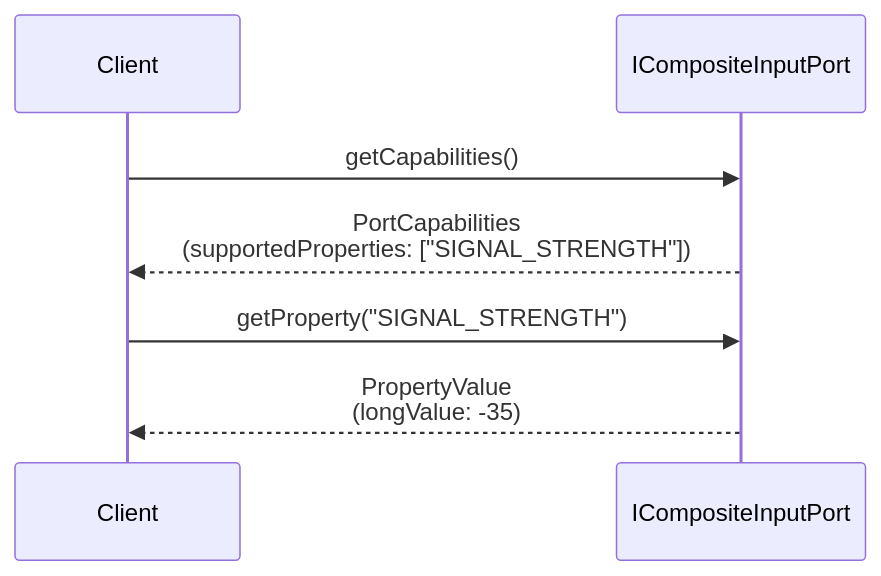
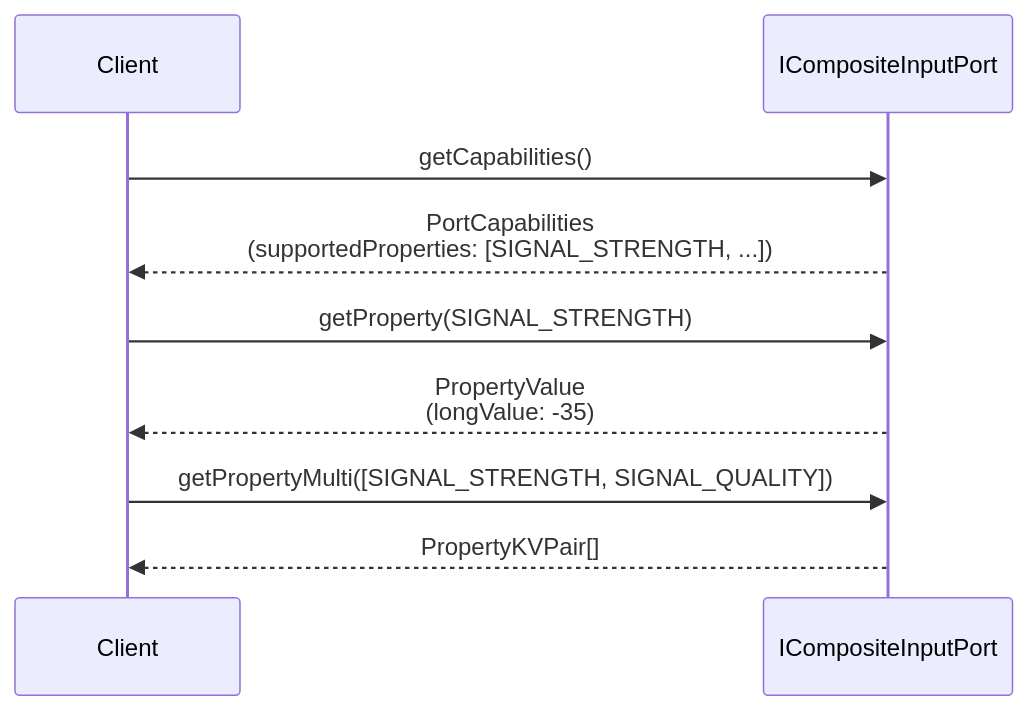
The third of 4 diagrams in docs/halif/composite_input/current/composite_input.md (rdkcentral/rdk-halif-aidl), drawn with Mermaid before and after one commit. The commit also changed other lines of this file, not shown here.

````diff
--- a/docs/halif/composite_input/current/composite_input.md
+++ b/docs/halif/composite_input/current/composite_input.md
@@ -181,11 +195,14 @@
 ```mermaid
 sequenceDiagram
     participant Client
     participant Port as ICompositeInputPort
 
     Client->>Port: getCapabilities()
-    Port-->>Client: PortCapabilities<br/>(supportedProperties: ["SIGNAL_STRENGTH"])
+    Port-->>Client: PortCapabilities<br/>(supportedProperties: [SIGNAL_STRENGTH, ...])
 
-    Client->>Port: getProperty("SIGNAL_STRENGTH")
+    Client->>Port: getProperty(SIGNAL_STRENGTH)
     Port-->>Client: PropertyValue<br/>(longValue: -35)
+
+    Client->>Port: getPropertyMulti([SIGNAL_STRENGTH, SIGNAL_QUALITY])
+    Port-->>Client: PropertyKVPair[]
 ```
````
